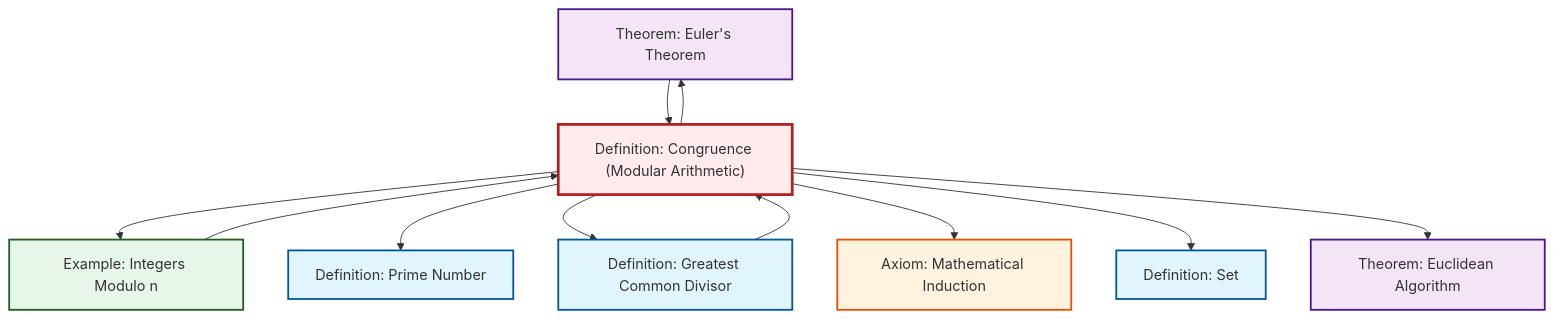
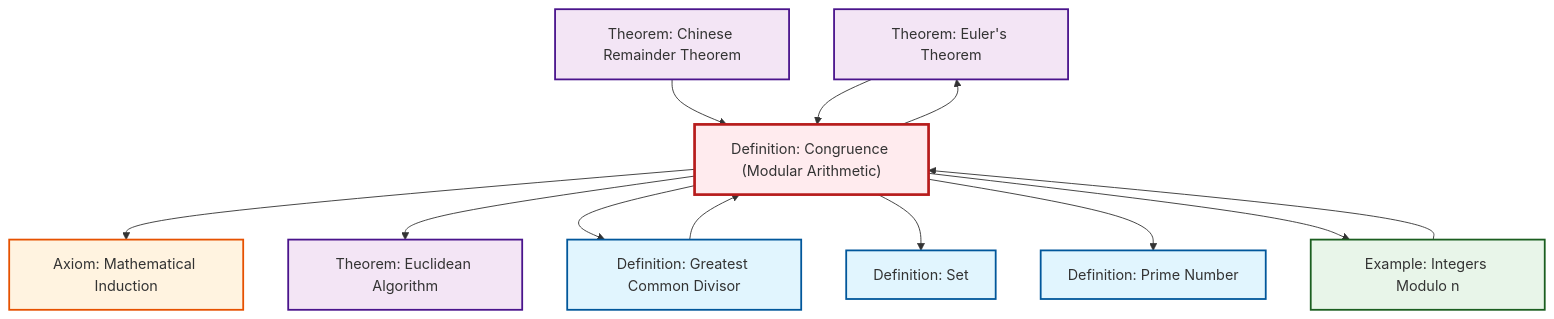
The diagram in content/en/number-theory/def-congruence.qmd (RK0429/ModernMath), drawn with Mermaid before and after one commit. The commit also changed 615 other files, not shown here.

First line of the commit message:
feat: Add Chinese Remainder Theorem article with comprehensive cross-references

````diff
--- a/content/en/number-theory/def-congruence.qmd
+++ b/content/en/number-theory/def-congruence.qmd
@@ -121,35 +121,38 @@
 ```{mermaid}
 %%| fig-cap: "Local dependency graph"
 graph TD
     classDef definition fill:#e1f5fe,stroke:#01579b,stroke-width:2px
     classDef theorem fill:#f3e5f5,stroke:#4a148c,stroke-width:2px
     classDef axiom fill:#fff3e0,stroke:#e65100,stroke-width:2px
     classDef example fill:#e8f5e9,stroke:#1b5e20,stroke-width:2px
     classDef current fill:#ffebee,stroke:#b71c1c,stroke-width:3px
+    def-set["Definition: Set"]:::definition
     thm-euler["Theorem: Euler's Theorem"]:::theorem
+    def-gcd["Definition: Greatest Common Divisor"]:::definition
+    def-congruence["Definition: Congruence (Modular Arithmetic)"]:::definition
+    ax-induction["Axiom: Mathematical Induction"]:::axiom
+    thm-chinese-remainder["Theorem: Chinese Remainder Theorem"]:::theorem
+    ex-quotient-integers-mod-n["Example: Integers Modulo n"]:::example
     def-prime["Definition: Prime Number"]:::definition
-    def-set["Definition: Set"]:::definition
-    ax-induction["Axiom: Mathematical Induction"]:::axiom
-    def-gcd["Definition: Greatest Common Divisor"]:::definition
     thm-euclidean-algorithm["Theorem: Euclidean Algorithm"]:::theorem
-    def-congruence["Definition: Congruence (Modular Arithmetic)"]:::definition
-    ex-quotient-integers-mod-n["Example: Integers Modulo n"]:::example
+    def-congruence --> ax-induction
+    def-congruence --> thm-euclidean-algorithm
+    def-congruence --> def-gcd
+    def-congruence --> thm-euler
+    def-congruence --> def-set
+    ex-quotient-integers-mod-n --> def-congruence
+    thm-chinese-remainder --> def-congruence
+    def-congruence --> def-prime
+    thm-euler --> def-congruence
     def-congruence --> ex-quotient-integers-mod-n
-    def-congruence --> def-prime
-    def-congruence --> def-gcd
-    def-congruence --> ax-induction
-    def-congruence --> def-set
     def-gcd --> def-congruence
-    def-congruence --> thm-euclidean-algorithm
-    def-congruence --> thm-euler
-    thm-euler --> def-congruence
-    ex-quotient-integers-mod-n --> def-congruence
     class def-congruence current
+    click def-set "def-set.html" "Go to Set definition"
     click thm-euler "thm-euler.html" "Go to Euler's Theorem theorem"
+    click def-gcd "def-gcd.html" "Go to Greatest Common Divisor definition"
+    click ax-induction "ax-induction.html" "Go to Mathematical Induction axiom"
+    click thm-chinese-remainder "thm-chinese-remainder.html" "Go to Chinese Remainder Theorem theorem"
+    click ex-quotient-integers-mod-n "ex-quotient-integers-mod-n.html" "Go to Integers Modulo n example"
     click def-prime "def-prime.html" "Go to Prime Number definition"
-    click def-set "def-set.html" "Go to Set definition"
-    click ax-induction "ax-induction.html" "Go to Mathematical Induction axiom"
-    click def-gcd "def-gcd.html" "Go to Greatest Common Divisor definition"
     click thm-euclidean-algorithm "thm-euclidean-algorithm.html" "Go to Euclidean Algorithm theorem"
-    click ex-quotient-integers-mod-n "ex-quotient-integers-mod-n.html" "Go to Integers Modulo n example"
 ```
````
